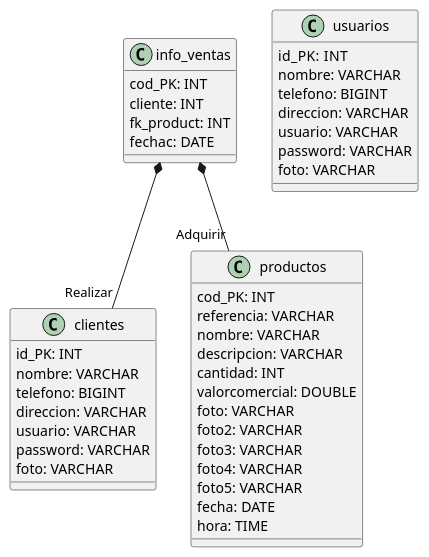
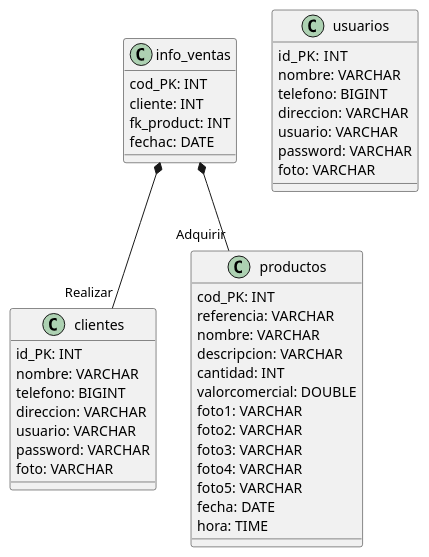
One commit to equipode/Tu_casa_ciclista changed the diagram in Mapasdenavegación/Diseño_basededatos.wsd. Above: the diagram before and after it, drawn with PlantUML. The commit also changed 23 other files, not shown here.

```diff
--- a/Mapasdenavegación/Diseño_basededatos.wsd
+++ b/Mapasdenavegación/Diseño_basededatos.wsd
@@ -1,51 +1,51 @@
 @startuml Tienda_ciclista
 
 Class clientes{
    id_PK: INT 
    nombre: VARCHAR 
    telefono: BIGINT
    direccion: VARCHAR
    usuario: VARCHAR
    password: VARCHAR
    foto: VARCHAR
 }
 
 Class productos{
    cod_PK: INT 
    referencia: VARCHAR
    nombre: VARCHAR
    descripcion: VARCHAR
    cantidad: INT
    valorcomercial: DOUBLE
-   foto: VARCHAR
+   foto1: VARCHAR
    foto2: VARCHAR
    foto3: VARCHAR
    foto4: VARCHAR
    foto5: VARCHAR
    fecha: DATE 
    hora: TIME 
 }
 
 Class info_ventas{
    cod_PK: INT
    cliente: INT
    fk_product: INT
    fechac: DATE
    
 }
 
 Class usuarios{
    id_PK:  INT 
    nombre: VARCHAR 
    telefono: BIGINT
    direccion: VARCHAR
    usuario: VARCHAR
    password: VARCHAR
    foto: VARCHAR
 }
 
 
 info_ventas *-- "Realizar" clientes
 info_ventas  *-- "Adquirir" productos
 
 @enduml
```
